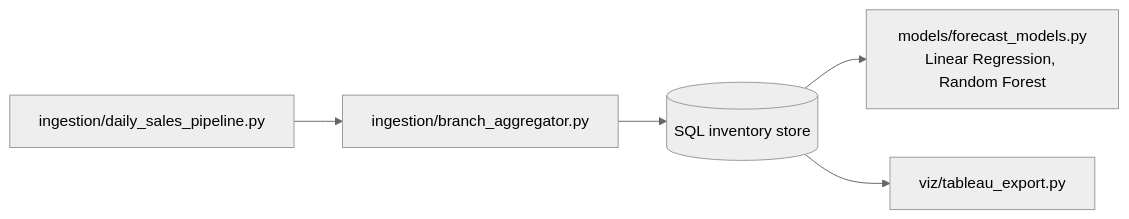
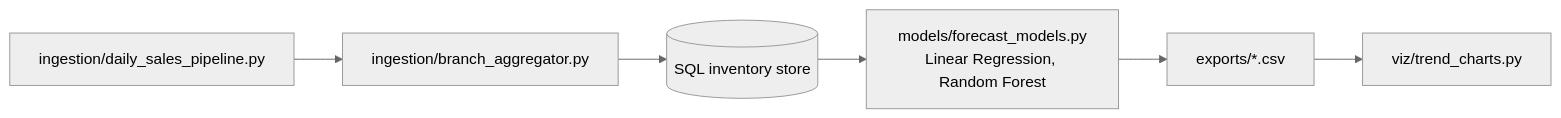
The diagram in README.md (Deshraj-Jogiya/AI-ML-Data-Science-Simulation), drawn with Mermaid (neutral theme) before and after one commit. The commit also changed other lines of this file and 10 other files, not shown here.

````diff
--- a/README.md
+++ b/README.md
@@ -18,7 +27,7 @@
 ```mermaid
 flowchart LR
     I[ingestion/daily_sales_pipeline.py] --> A[ingestion/branch_aggregator.py]
     A --> DB[(SQL inventory store)]
     DB --> F[models/forecast_models.py<br/>Linear Regression, Random Forest]
-    DB --> V[viz/tableau_export.py]
+    F --> X[exports/*.csv] --> V[viz/trend_charts.py]
 ```
````
